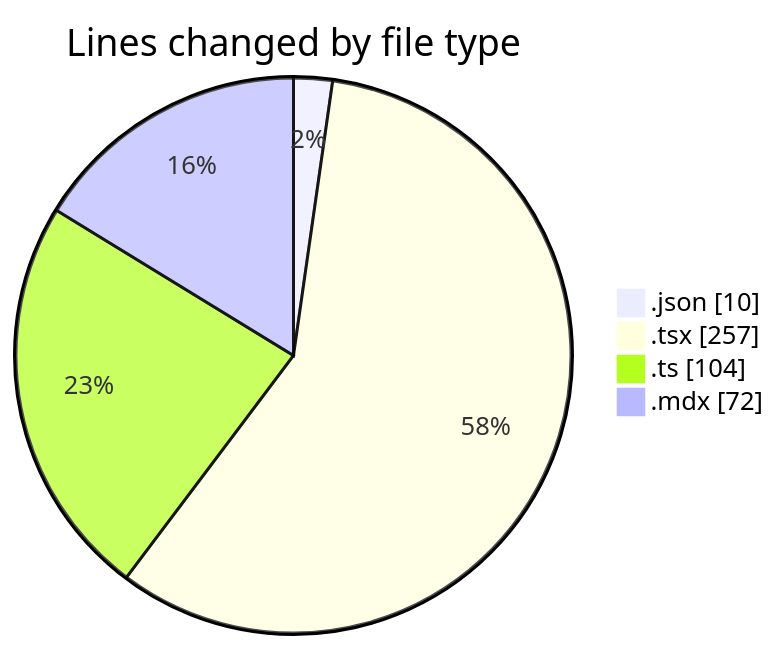
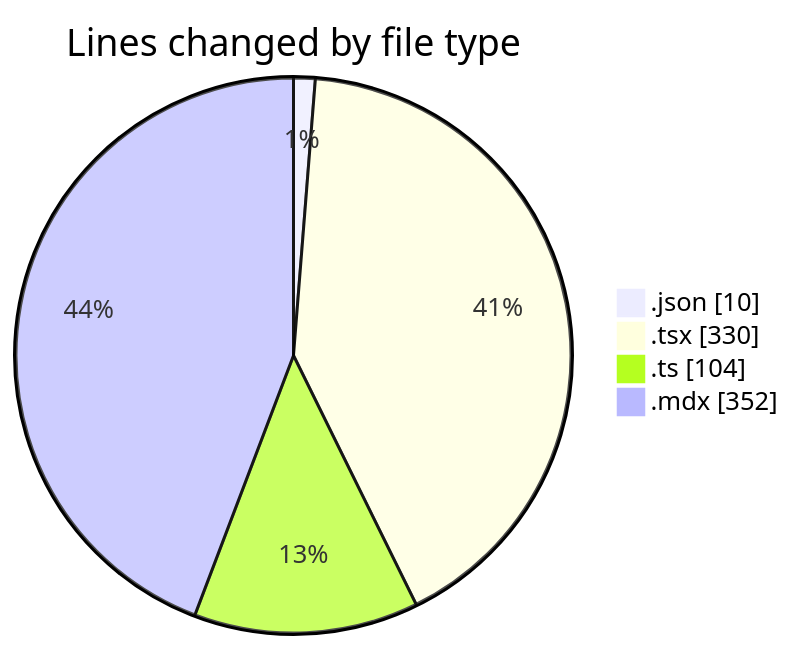
Before and after one commit to Elitesun/code-tracking: the first of 2 diagrams in 2025-05-01/niten/README.md, drawn with Mermaid. The commit also changed other lines of this file and 1 other file, not shown here.

````diff
--- a/2025-05-01/niten/README.md
+++ b/2025-05-01/niten/README.md
@@ -28,8 +30,8 @@
 ```mermaid
 pie showData
 title Lines changed by file type
 ".json" : 10
-".tsx" : 257
+".tsx" : 330
 ".ts" : 104
-".mdx" : 72
+".mdx" : 352
 ```
````
